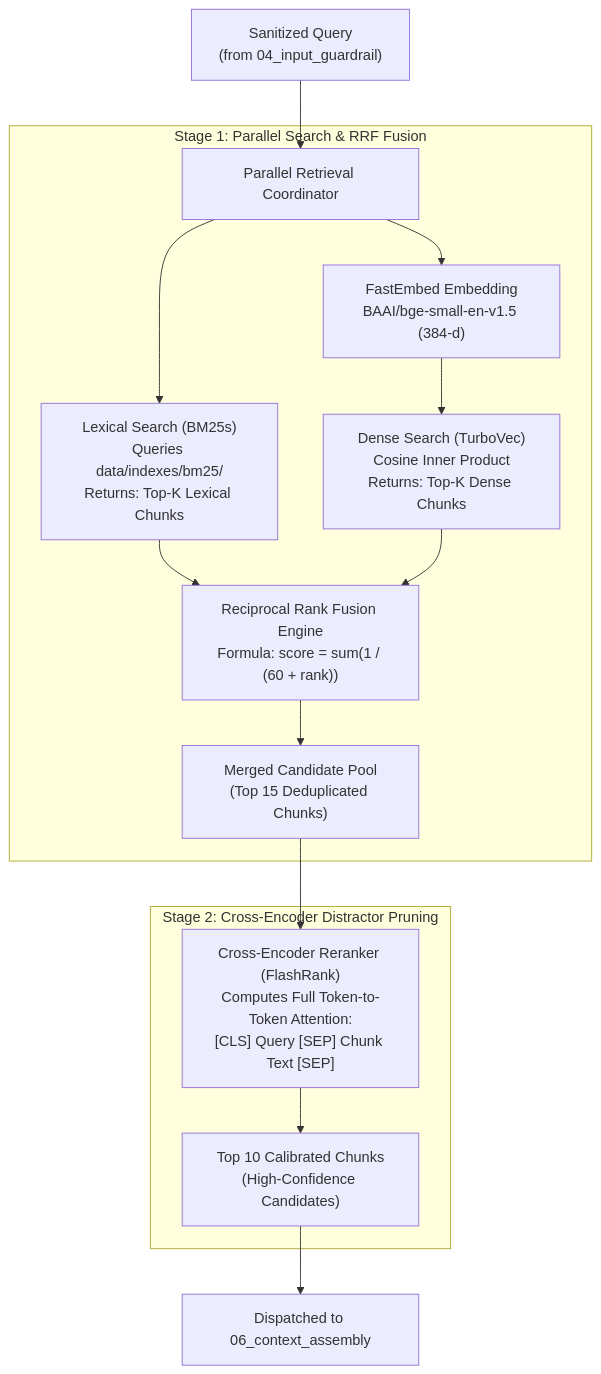
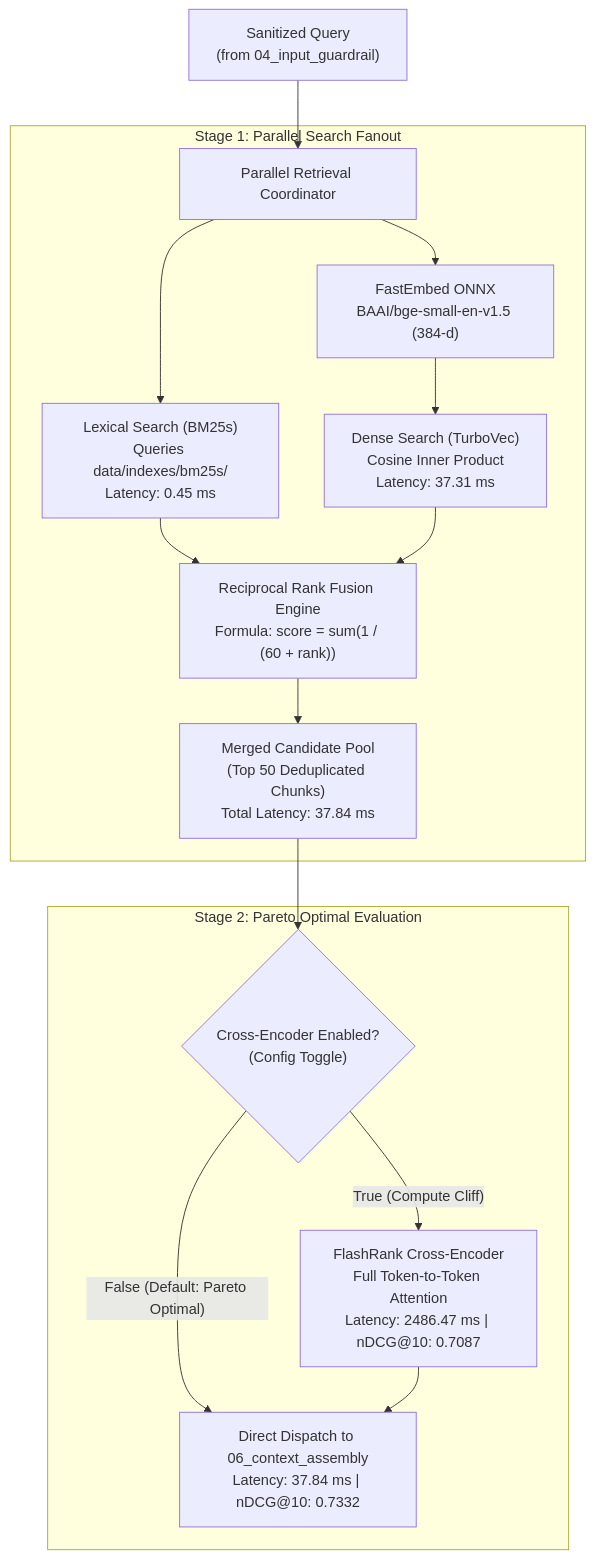
The diagram in notes/arc/05_hybrid_retrieval_and_reranking.md (uehera/RAGnarok), drawn with Mermaid before and after one commit. The commit also changed other lines of this file and 14 other files, not shown here.

Commit message:
docs: overhaul setup guide, architectural blueprints, research reports, and main README

````diff
--- a/notes/arc/05_hybrid_retrieval_and_reranking.md
+++ b/notes/arc/05_hybrid_retrieval_and_reranking.md
@@ -24,22 +25,22 @@
 ```mermaid
 flowchart TD
     Q["Sanitized Query<br>(from 04_input_guardrail)"] --> DUAL["Parallel Retrieval Coordinator"]
     
-    subgraph Stage1["Stage 1: Parallel Search & RRF Fusion"]
-        DUAL --> BM["Lexical Search (BM25s)<br>Queries data/indexes/bm25/<br>Returns: Top-K Lexical Chunks"]
-        DUAL --> EMB["FastEmbed Embedding<br>BAAI/bge-small-en-v1.5 (384-d)"]
-        EMB --> TV["Dense Search (TurboVec)<br>Cosine Inner Product<br>Returns: Top-K Dense Chunks"]
+    subgraph Stage1["Stage 1: Parallel Search Fanout"]
+        DUAL --> BM["Lexical Search (BM25s)<br>Queries data/indexes/bm25s/<br>Latency: 0.45 ms"]
+        DUAL --> EMB["FastEmbed ONNX<br>BAAI/bge-small-en-v1.5 (384-d)"]
+        EMB --> TV["Dense Search (TurboVec)<br>Cosine Inner Product<br>Latency: 37.31 ms"]
         
         BM --> RRF["Reciprocal Rank Fusion Engine<br>Formula: score = sum(1 / (60 + rank))"]
         TV --> RRF
         
-        RRF --> POOL["Merged Candidate Pool<br>(Top 15 Deduplicated Chunks)"]
+        RRF --> POOL["Merged Candidate Pool<br>(Top 50 Deduplicated Chunks)<br>Total Latency: 37.84 ms"]
     end
     
-    subgraph Stage2["Stage 2: Cross-Encoder Distractor Pruning"]
-        POOL --> CE["Cross-Encoder Reranker (FlashRank)<br>Computes Full Token-to-Token Attention:<br>[CLS] Query [SEP] Chunk Text [SEP]"]
-        CE --> TOP10["Top 10 Calibrated Chunks<br>(High-Confidence Candidates)"]
+    subgraph Stage2["Stage 2: Pareto Optimal Evaluation"]
+        POOL --> DECIDE{"Cross-Encoder Enabled?<br>(Config Toggle)"}
+        DECIDE -- "False (Default: Pareto Optimal)" --> PASS["Direct Dispatch to 06_context_assembly<br>Latency: 37.84 ms | nDCG@10: 0.7332"]
+        DECIDE -- "True (Compute Cliff)" --> CE["FlashRank Cross-Encoder<br>Full Token-to-Token Attention<br>Latency: 2486.47 ms | nDCG@10: 0.7087"]
+        CE --> PASS
     end
-    
-    TOP10 --> DISPATCH["Dispatched to 06_context_assembly"]
 ```
````
